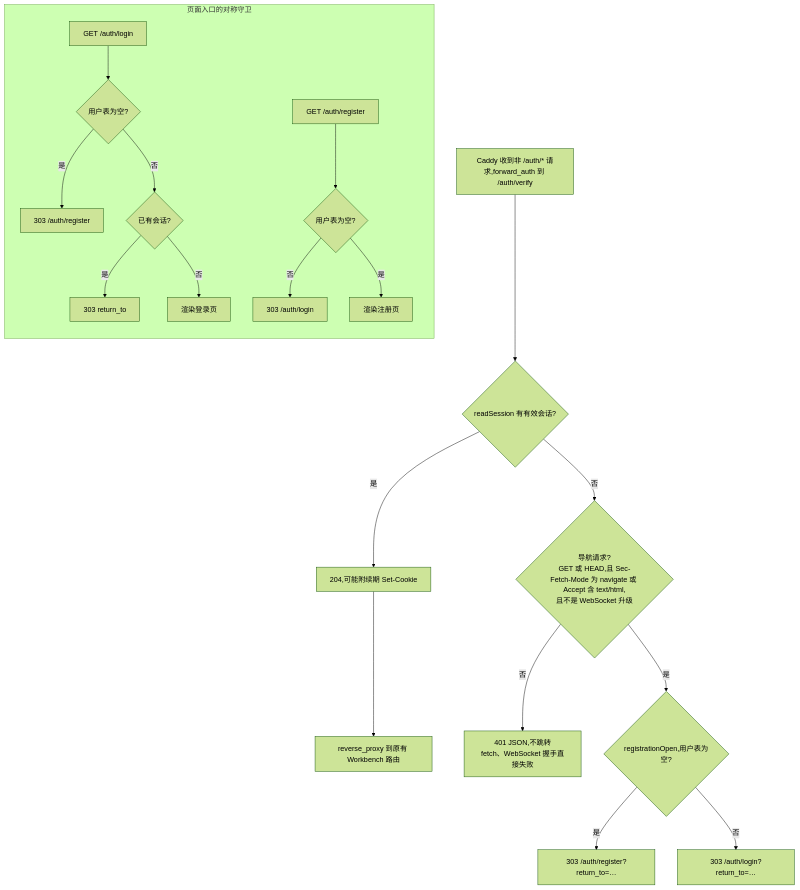
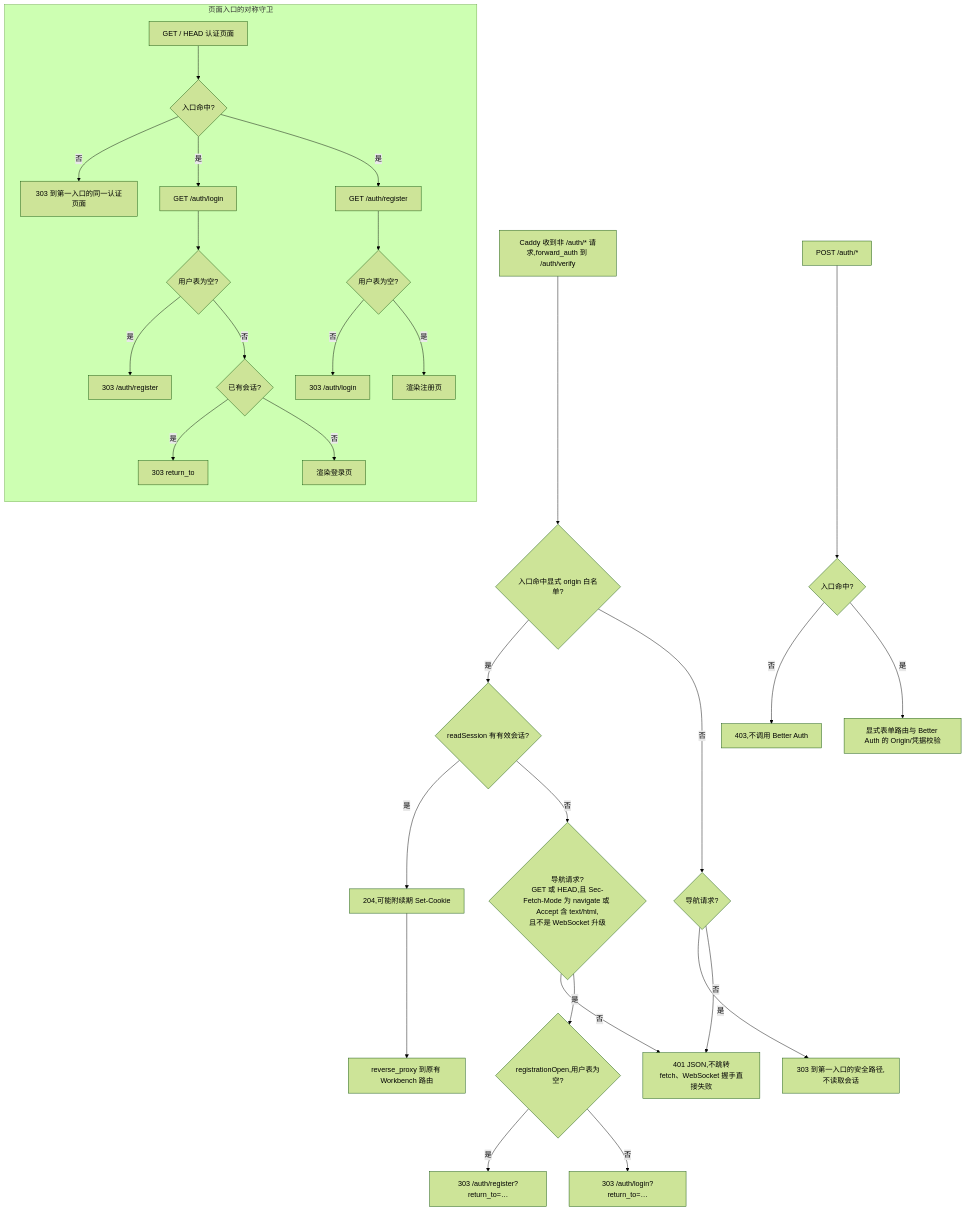
One commit to ActivePeter/vibe-vscode changed diagram 11 of 12 in vibe_vscode_doc/design/login_authentication.md. Above: the diagram before and after it, drawn with Mermaid (forest theme). The commit also changed other lines of this file and 31 other files, not shown here.

Commit message:
feat: ship single-command installation and multi-origin login

````diff
--- a/vibe_vscode_doc/design/login_authentication.md
+++ b/vibe_vscode_doc/design/login_authentication.md
@@ -388,22 +396,34 @@
 ```mermaid
 flowchart TD
-    R["Caddy 收到非 /auth/* 请求,forward_auth 到 /auth/verify"] --> S{"readSession 有有效会话?"}
+    R["Caddy 收到非 /auth/* 请求,forward_auth 到 /auth/verify"] --> HOST{"入口命中显式 origin 白名单?"}
+    HOST -- 是 --> S{"readSession 有有效会话?"}
+    HOST -- 否 --> UNKNOWN{"导航请求?"}
+    UNKNOWN -- 是 --> CANONICAL["303 到第一入口的安全路径,不读取会话"]
+    UNKNOWN -- 否 --> U401
     S -- 是 --> OK["204,可能附续期 Set-Cookie"] --> PX["reverse_proxy 到原有 Workbench 路由"]
     S -- 否 --> NAV{"导航请求?<br/>GET 或 HEAD,且 Sec-Fetch-Mode 为 navigate 或 Accept 含 text/html,<br/>且不是 WebSocket 升级"}
     NAV -- 否 --> U401["401 JSON,不跳转<br/>fetch、WebSocket 握手直接失败"]
     NAV -- 是 --> REG{"registrationOpen,用户表为空?"}
     REG -- 是 --> R303["303 /auth/register?return_to=…"]
     REG -- 否 --> L303["303 /auth/login?return_to=…"]
 
     subgraph GUARD["页面入口的对称守卫"]
         direction TB
-        LP["GET /auth/login"] --> LP1{"用户表为空?"}
+        PAGE["GET / HEAD 认证页面"] --> PAGEHOST{"入口命中?"}
+        PAGEHOST -- 否 --> FIRST["303 到第一入口的同一认证页面"]
+        PAGEHOST -- 是 --> LP["GET /auth/login"]
+        PAGEHOST -- 是 --> RP["GET /auth/register"]
+        LP --> LP1{"用户表为空?"}
         LP1 -- 是 --> LP2["303 /auth/register"]
         LP1 -- 否 --> LP3{"已有会话?"}
         LP3 -- 是 --> LP4["303 return_to"]
         LP3 -- 否 --> LP5["渲染登录页"]
-        RP["GET /auth/register"] --> RP1{"用户表为空?"}
+        RP --> RP1{"用户表为空?"}
         RP1 -- 否 --> RP2["303 /auth/login"]
         RP1 -- 是 --> RP3["渲染注册页"]
     end
+
+    POST["POST /auth/*"] --> POSTHOST{"入口命中?"}
+    POSTHOST -- 否 --> P403["403,不调用 Better Auth"]
+    POSTHOST -- 是 --> FORM["显式表单路由与 Better Auth 的 Origin/凭据校验"]
 ```
````
